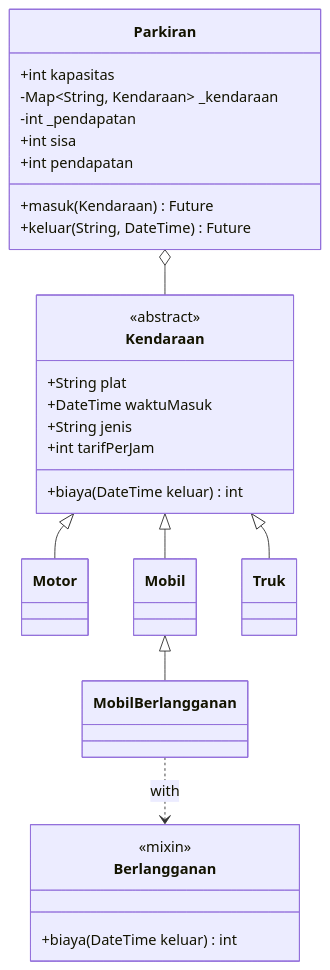
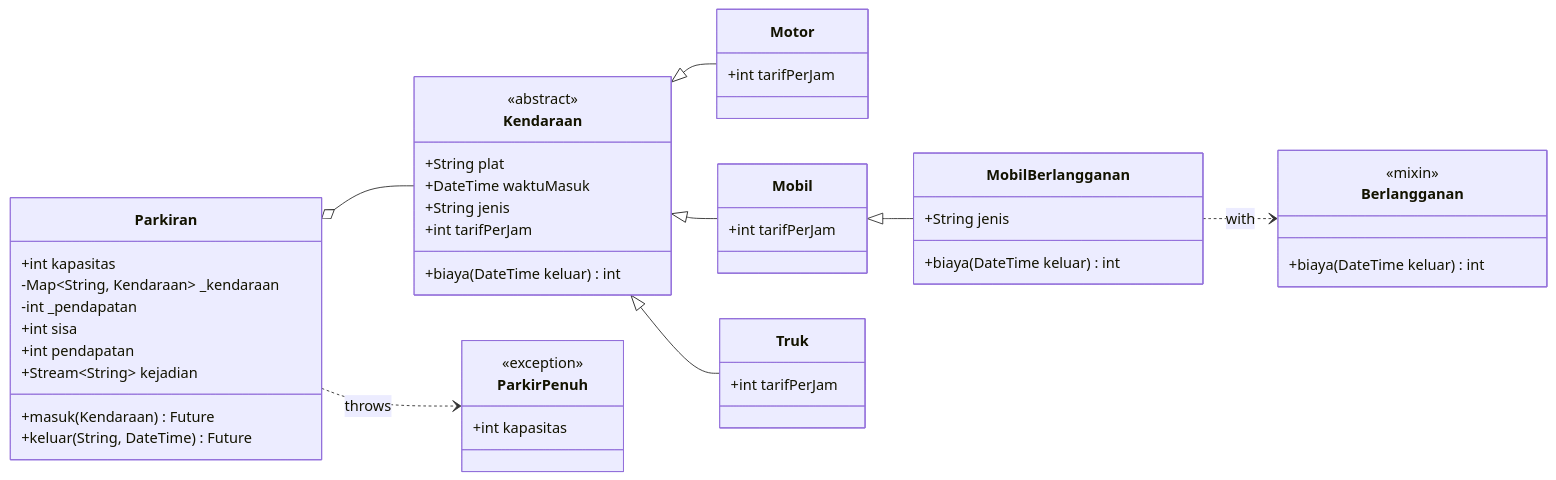
Before and after one commit to christian123-stack/pm-tugas-04-4243250005: the diagram in README.md, drawn with Mermaid.

Commit message:
docs: complete and improve parking class diagram

````diff
--- a/README.md
+++ b/README.md
@@ -16,34 +16,50 @@
 ```mermaid
 classDiagram
+  direction LR
   class Kendaraan {
     <<abstract>>
     +String plat
     +DateTime waktuMasuk
     +String jenis
     +int tarifPerJam
     +biaya(DateTime keluar) int
   }
-  class Motor
-  class Mobil
-  class Truk
-  class MobilBerlangganan
+  class Motor {
+    +int tarifPerJam
+  }
+  class Mobil {
+    +int tarifPerJam
+  }
+  class Truk {
+    +int tarifPerJam
+  }
+  class MobilBerlangganan {
+    +String jenis
+    +biaya(DateTime keluar) int
+  }
   class Berlangganan {
     <<mixin>>
     +biaya(DateTime keluar) int
   }
   class Parkiran {
     +int kapasitas
     -Map~String, Kendaraan~ _kendaraan
     -int _pendapatan
     +int sisa
     +int pendapatan
+    +Stream~String~ kejadian
     +masuk(Kendaraan) Future
     +keluar(String, DateTime) Future
+  }
+  class ParkirPenuh {
+    <<exception>>
+    +int kapasitas
   }
   Kendaraan <|-- Motor
   Kendaraan <|-- Mobil
   Kendaraan <|-- Truk
   Mobil <|-- MobilBerlangganan
   MobilBerlangganan ..> Berlangganan : with
   Parkiran o-- Kendaraan
+  Parkiran ..> ParkirPenuh : throws
 ```
````
